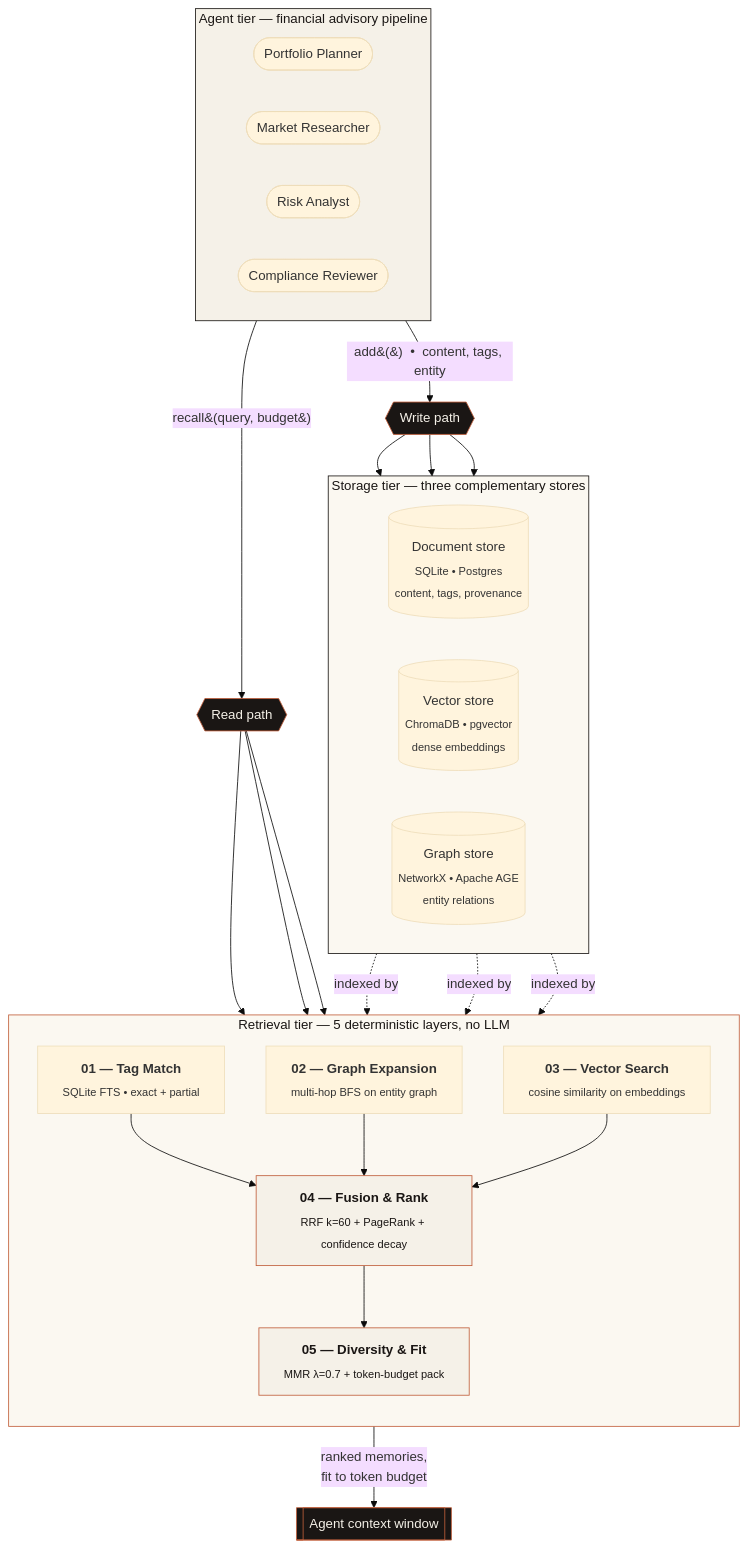
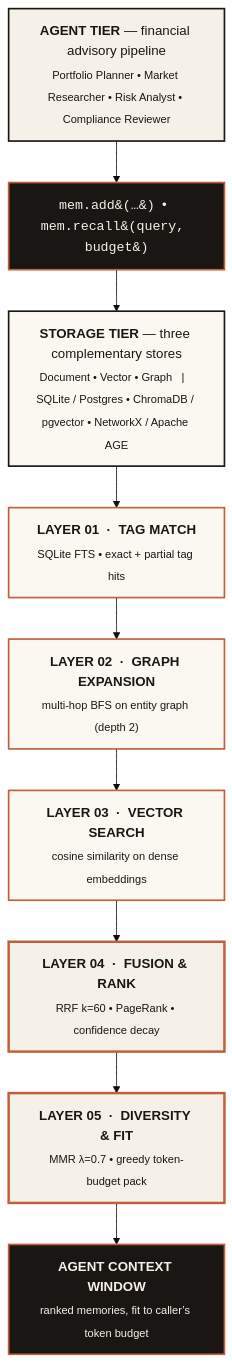
The first of 2 diagrams in README.md (bolnet/attestor), drawn with Mermaid (base theme) before and after one commit.

Commit message:
docs: restack solution diagram vertically like a transformer architecture
Each tier and each of the 5 retrieval layers is now its own
full-width horizontal block, stacked top-to-bottom — resembling
a transformer layer stack.

````diff
--- a/README.md
+++ b/README.md
@@ -40,56 +40,35 @@
 ```mermaid
 flowchart TB
-    subgraph AGENTS [Agent tier &mdash; financial advisory pipeline]
-        direction LR
-        A1([Portfolio Planner])
-        A2([Market Researcher])
-        A3([Risk Analyst])
-        A4([Compliance Reviewer])
-    end
+    AGENTS["<b>AGENT TIER</b> &mdash; financial advisory pipeline<br/><sub>Portfolio Planner &bull; Market Researcher &bull; Risk Analyst &bull; Compliance Reviewer</sub>"]
 
-    AGENTS -->|add&#40;&#41;  &bull;  content, tags, entity| WRITE{{Write path}}
-    AGENTS -->|recall&#40;query, budget&#41;| READ{{Read path}}
+    CALL["<code>mem.add&#40;&hellip;&#41;</code> &nbsp;&bull;&nbsp; <code>mem.recall&#40;query, budget&#41;</code>"]
 
-    subgraph STORAGE [Storage tier &mdash; three complementary stores]
-        direction LR
-        S1[(Document store<br/><sub>SQLite &bull; Postgres<br/>content, tags, provenance</sub>)]
-        S2[(Vector store<br/><sub>ChromaDB &bull; pgvector<br/>dense embeddings</sub>)]
-        S3[(Graph store<br/><sub>NetworkX &bull; Apache AGE<br/>entity relations</sub>)]
-    end
+    STORAGE["<b>STORAGE TIER</b> &mdash; three complementary stores<br/><sub>Document &bull; Vector &bull; Graph &nbsp;&nbsp;|&nbsp;&nbsp; SQLite / Postgres &bull; ChromaDB / pgvector &bull; NetworkX / Apache AGE</sub>"]
 
-    WRITE --> S1
-    WRITE --> S2
-    WRITE --> S3
+    L1["<b>LAYER 01 &nbsp;&middot;&nbsp; TAG MATCH</b><br/><sub>SQLite FTS &bull; exact + partial tag hits</sub>"]
+    L2["<b>LAYER 02 &nbsp;&middot;&nbsp; GRAPH EXPANSION</b><br/><sub>multi-hop BFS on entity graph (depth 2)</sub>"]
+    L3["<b>LAYER 03 &nbsp;&middot;&nbsp; VECTOR SEARCH</b><br/><sub>cosine similarity on dense embeddings</sub>"]
+    L4["<b>LAYER 04 &nbsp;&middot;&nbsp; FUSION &amp; RANK</b><br/><sub>RRF k=60 &bull; PageRank &bull; confidence decay</sub>"]
+    L5["<b>LAYER 05 &nbsp;&middot;&nbsp; DIVERSITY &amp; FIT</b><br/><sub>MMR &lambda;=0.7 &bull; greedy token-budget pack</sub>"]
 
-    subgraph RETRIEVAL [Retrieval tier &mdash; 5 deterministic layers, no LLM]
-        direction TB
-        L1[<b>01 &mdash; Tag Match</b><br/><sub>SQLite FTS &bull; exact + partial</sub>]
-        L2[<b>02 &mdash; Graph Expansion</b><br/><sub>multi-hop BFS on entity graph</sub>]
-        L3[<b>03 &mdash; Vector Search</b><br/><sub>cosine similarity on embeddings</sub>]
-        L4[<b>04 &mdash; Fusion &amp; Rank</b><br/><sub>RRF k=60 + PageRank + confidence decay</sub>]
-        L5[<b>05 &mdash; Diversity &amp; Fit</b><br/><sub>MMR &lambda;=0.7 + token-budget pack</sub>]
-        L1 --> L4
-        L2 --> L4
-        L3 --> L4
-        L4 --> L5
-    end
+    CTX["<b>AGENT CONTEXT WINDOW</b><br/><sub>ranked memories, fit to caller&rsquo;s token budget</sub>"]
 
-    READ --> L1
-    READ --> L2
-    READ --> L3
+    AGENTS --> CALL
+    CALL --> STORAGE
+    STORAGE --> L1
+    L1 --> L2
+    L2 --> L3
+    L3 --> L4
+    L4 --> L5
+    L5 --> CTX
 
-    S1 -. indexed by .-> L1
-    S3 -. indexed by .-> L2
-    S2 -. indexed by .-> L3
-
-    L5 -->|ranked memories,<br/>fit to token budget| CTX[[Agent context window]]
-
-    style AGENTS fill:#F5F1E8,stroke:#1A1614,color:#1A1614
-    style STORAGE fill:#FBF8F1,stroke:#1A1614,color:#1A1614
-    style RETRIEVAL fill:#FBF8F1,stroke:#C15F3C,color:#1A1614
-    style WRITE fill:#1A1614,stroke:#C15F3C,color:#F5F1E8
-    style READ fill:#1A1614,stroke:#C15F3C,color:#F5F1E8
-    style L4 fill:#F5F1E8,stroke:#C15F3C,color:#1A1614
-    style L5 fill:#F5F1E8,stroke:#C15F3C,color:#1A1614
-    style CTX fill:#1A1614,stroke:#C15F3C,color:#F5F1E8
+    style AGENTS   fill:#F5F1E8,stroke:#1A1614,stroke-width:2px,color:#1A1614
+    style CALL     fill:#1A1614,stroke:#C15F3C,stroke-width:2px,color:#F5F1E8
+    style STORAGE  fill:#FBF8F1,stroke:#1A1614,stroke-width:2px,color:#1A1614
+    style L1       fill:#FBF8F1,stroke:#C15F3C,stroke-width:2px,color:#1A1614
+    style L2       fill:#FBF8F1,stroke:#C15F3C,stroke-width:2px,color:#1A1614
+    style L3       fill:#FBF8F1,stroke:#C15F3C,stroke-width:2px,color:#1A1614
+    style L4       fill:#F5F1E8,stroke:#C15F3C,stroke-width:3px,color:#1A1614
+    style L5       fill:#F5F1E8,stroke:#C15F3C,stroke-width:3px,color:#1A1614
+    style CTX      fill:#1A1614,stroke:#C15F3C,stroke-width:2px,color:#F5F1E8
 ```
````
